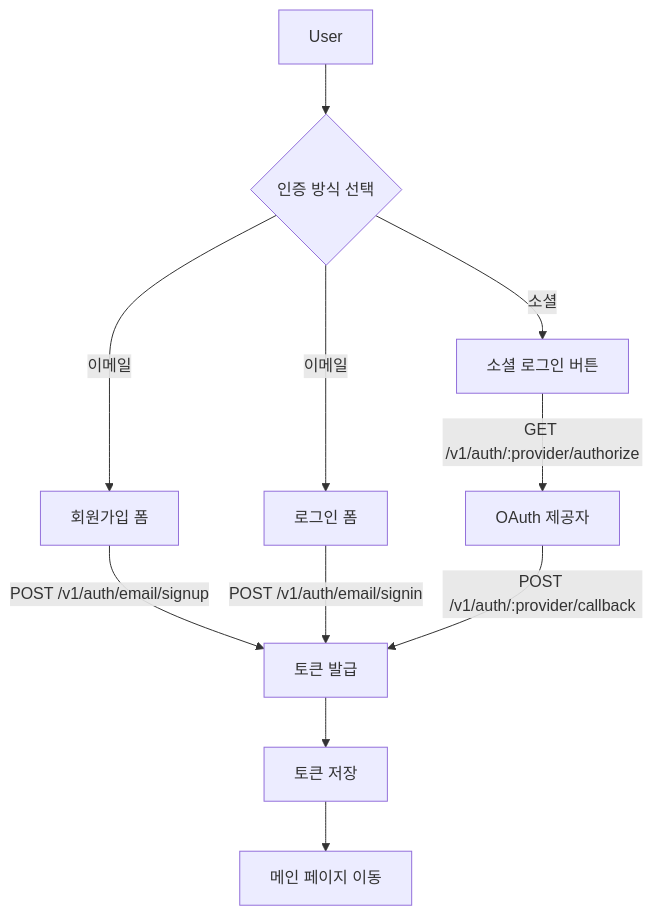
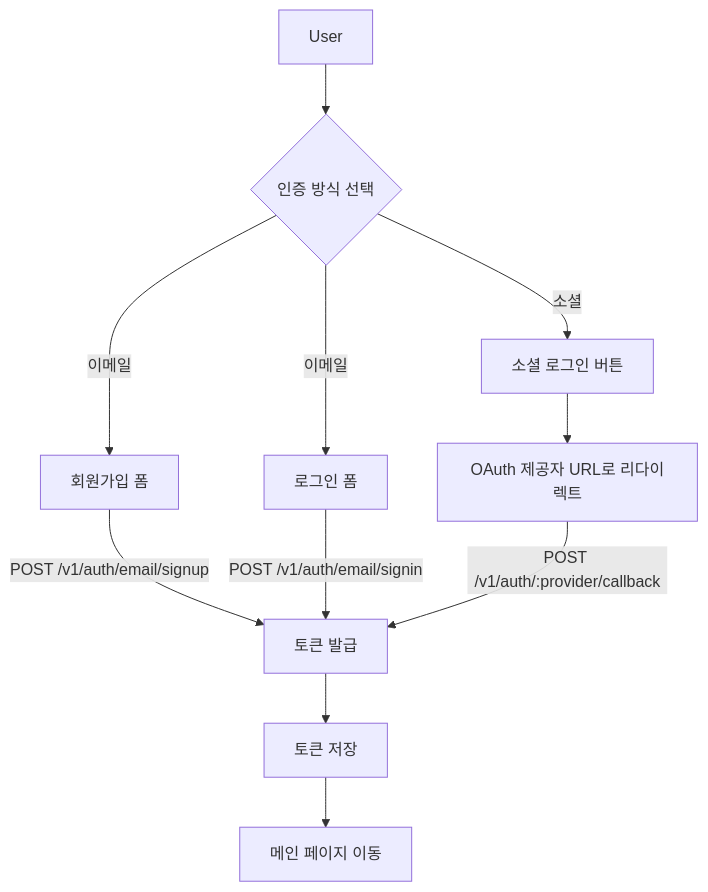
One commit to popup-studio-ai/bkend-docs changed the first of 3 diagrams in ko/authentication/21-auth-form-patterns.md. Above: the diagram before and after it, drawn with Mermaid. The commit also changed other lines of this file and 105 other files, not shown here.

````diff
--- a/ko/authentication/21-auth-form-patterns.md
+++ b/ko/authentication/21-auth-form-patterns.md
@@ -17,15 +17,15 @@
 ```mermaid
 flowchart TD
     A[User] --> B{인증 방식 선택}
     B -->|이메일| C[회원가입 폼]
     B -->|이메일| D[로그인 폼]
     B -->|소셜| E[소셜 로그인 버튼]
 
     C -->|"POST /v1/auth/email/signup"| F[토큰 발급]
     D -->|"POST /v1/auth/email/signin"| F
-    E -->|"GET /v1/auth/:provider/authorize"| G[OAuth 제공자]
+    E --> G[OAuth 제공자 URL로 리다이렉트]
     G -->|"POST /v1/auth/:provider/callback"| F
 
     F --> H[토큰 저장]
     H --> I[메인 페이지 이동]
 ```
````
